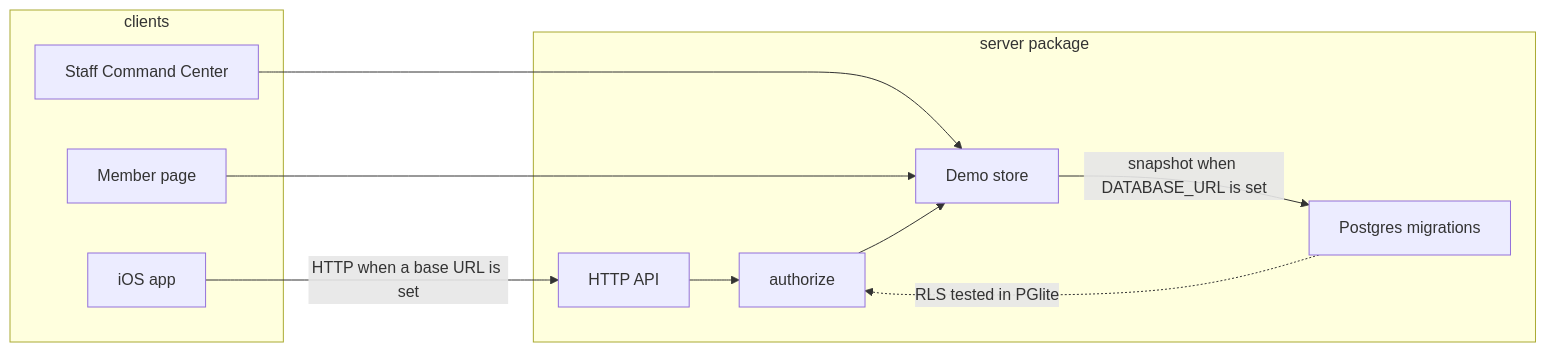
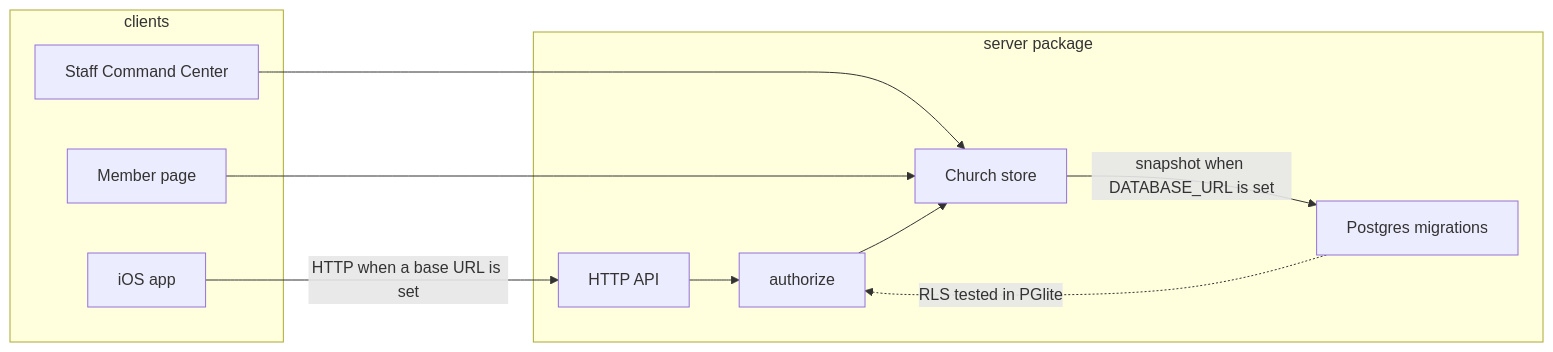
The diagram in ARCHITECTURE.md (cinderandcrown/onehope-ios), drawn with Mermaid before and after one commit. The commit also changed other lines of this file and 49 other files, not shown here.

````diff
--- a/ARCHITECTURE.md
+++ b/ARCHITECTURE.md
@@ -3,21 +3,21 @@
 ```mermaid
 flowchart LR
   subgraph clients
     Phone[iOS app]
     Web[Staff Command Center]
     Member[Member page]
   end
   subgraph server [server package]
     API[HTTP API]
     Rules[authorize]
-    Store[Demo store]
+    Store[Church store]
     SQL[Postgres migrations]
   end
   Phone -->|HTTP when a base URL is set| API
   Web --> Store
   Member --> Store
   API --> Rules
   Rules --> Store
   Store -->|snapshot when DATABASE_URL is set| SQL
   SQL -.->|RLS tested in PGlite| Rules
 ```
````
